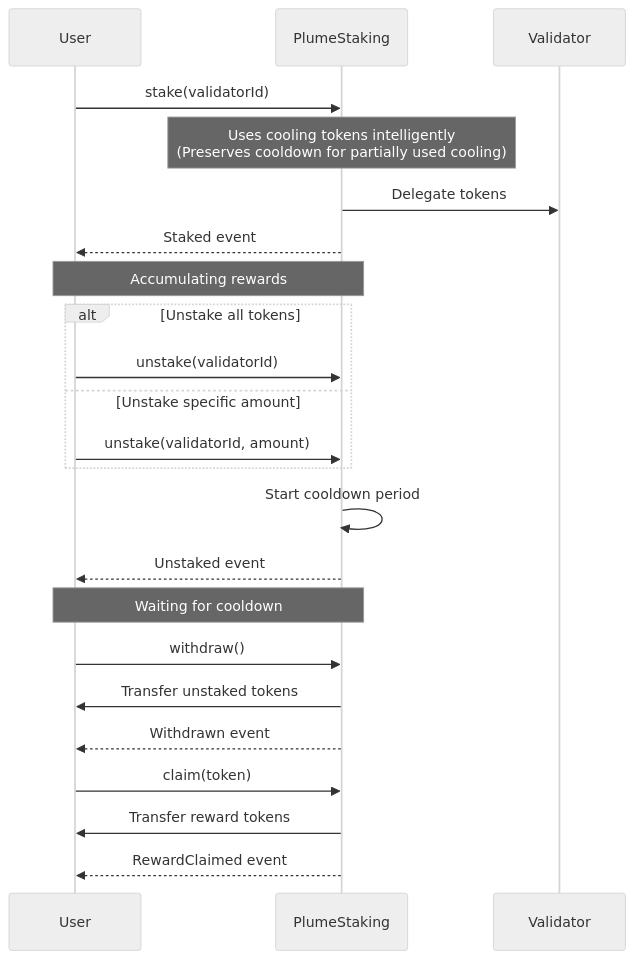
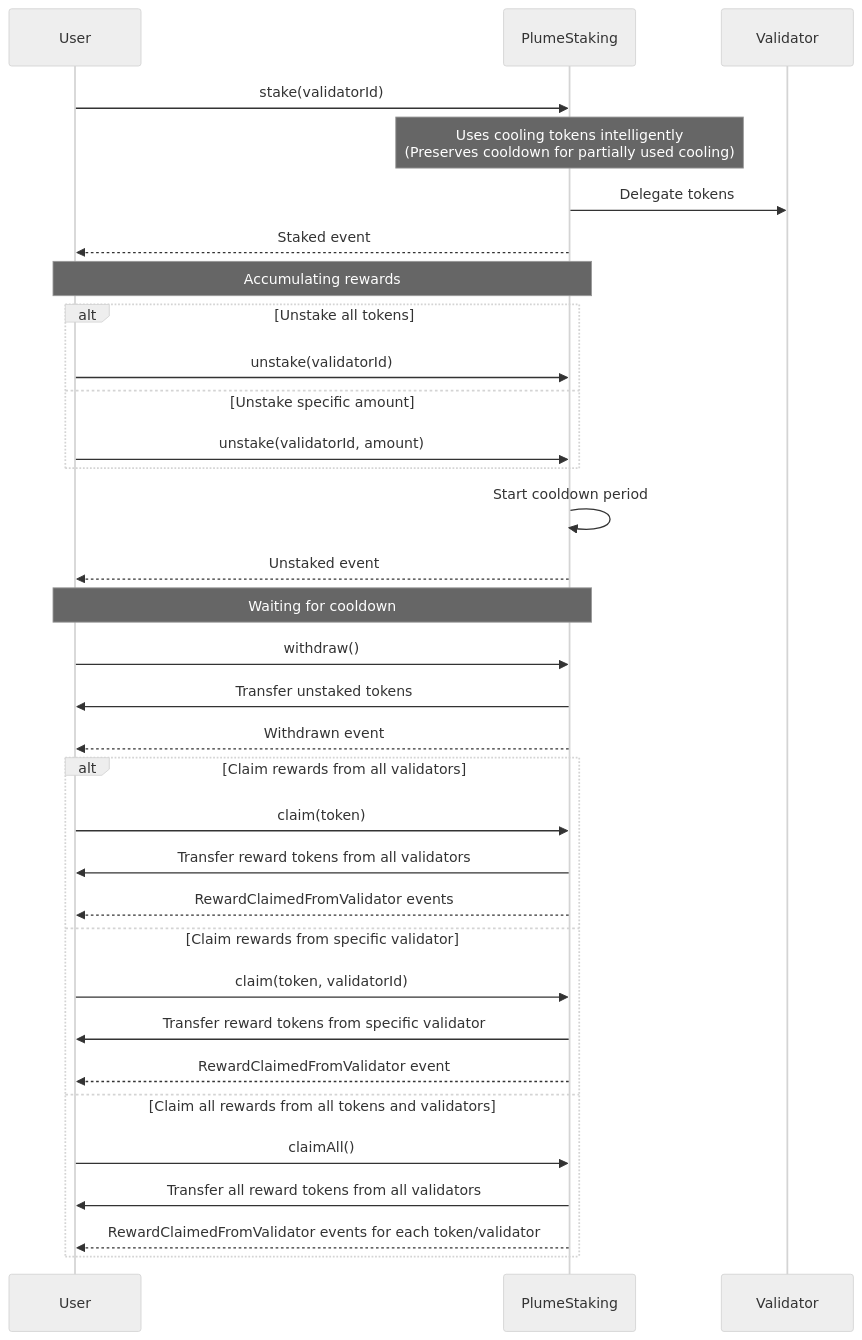
Before and after one commit to plumenetwork/contracts: the second of 2 diagrams in p/README.md, drawn with Mermaid (neutral theme). The commit also changed other lines of this file and 3 other files, not shown here.

````diff
--- a/p/README.md
+++ b/p/README.md
@@ -181,32 +212,42 @@
 ```mermaid
 sequenceDiagram
     participant User
     participant PlumeStaking
     participant Validator
     
     User->>PlumeStaking: stake(validatorId)
     Note over PlumeStaking: Uses cooling tokens intelligently<br>(Preserves cooldown for partially used cooling)
     PlumeStaking->>Validator: Delegate tokens
     PlumeStaking-->>User: Staked event
     
     Note over User,PlumeStaking: Accumulating rewards
     
     alt Unstake all tokens
         User->>PlumeStaking: unstake(validatorId)
     else Unstake specific amount
         User->>PlumeStaking: unstake(validatorId, amount)
     end
     
     PlumeStaking->>PlumeStaking: Start cooldown period
     PlumeStaking-->>User: Unstaked event
     
     Note over User,PlumeStaking: Waiting for cooldown
     
     User->>PlumeStaking: withdraw()
     PlumeStaking->>User: Transfer unstaked tokens
     PlumeStaking-->>User: Withdrawn event
     
-    User->>PlumeStaking: claim(token)
-    PlumeStaking->>User: Transfer reward tokens
-    PlumeStaking-->>User: RewardClaimed event
+    alt Claim rewards from all validators
+        User->>PlumeStaking: claim(token)
+        PlumeStaking->>User: Transfer reward tokens from all validators
+        PlumeStaking-->>User: RewardClaimedFromValidator events
+    else Claim rewards from specific validator
+        User->>PlumeStaking: claim(token, validatorId)
+        PlumeStaking->>User: Transfer reward tokens from specific validator
+        PlumeStaking-->>User: RewardClaimedFromValidator event
+    else Claim all rewards from all tokens and validators
+        User->>PlumeStaking: claimAll()
+        PlumeStaking->>User: Transfer all reward tokens from all validators
+        PlumeStaking-->>User: RewardClaimedFromValidator events for each token/validator
+    end
 ```
````
